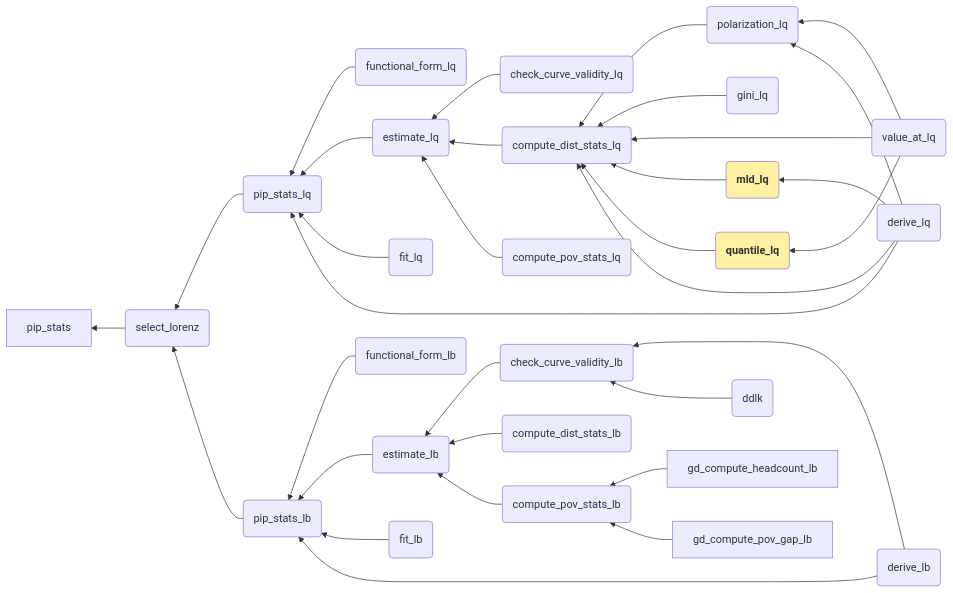
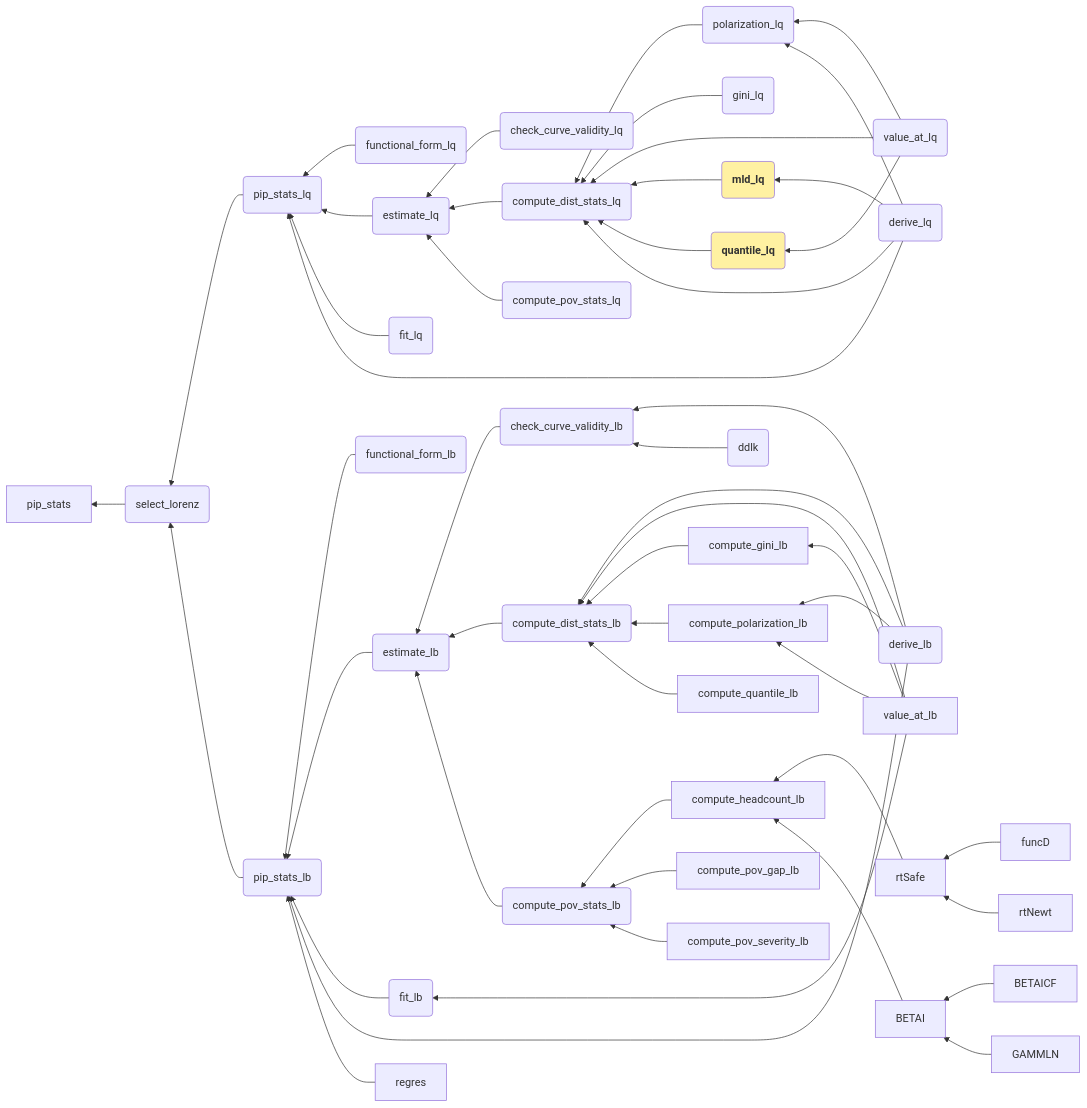
Before and after one commit to dana89co/pip_utilities: the diagram in wbpip_gd_doc.qmd, drawn with Mermaid. The commit also changed other lines of this file and 2 other files, not shown here.

Commit message:
draft of lb mermaid structure done

````diff
--- a/wbpip_gd_doc.qmd
+++ b/wbpip_gd_doc.qmd
@@ -20,48 +20,66 @@
 ```{mermaid}
 
 flowchart RL
     lz(select_lorenz) --> stats[pip_stats]
     lq(pip_stats_lq) --> lz
     lb(pip_stats_lb) --> lz
     
     form_lq(functional_form_lq) --> lq
     est_lq(estimate_lq) --> lq
     fit_lq(fit_lq) --> lq
     
     form_lb(functional_form_lb) --> lb
     est_lb(estimate_lb) --> lb
     fit_lb(fit_lb) --> lb
     derive_lb(derive_lb) ---> lb
+    regres --> lb
     
     check_val(check_curve_validity_lq) --> est_lq
     comp_dist_lq(compute_dist_stats_lq) --> est_lq
     comp_pov_lq(compute_pov_stats_lq) --> est_lq
     
     check_val_lb(check_curve_validity_lb) --> est_lb
     derive_lb(derive_lb) ---> check_val_lb
     ddlk(ddlk) --> check_val_lb
     
     comp_dist_lb(compute_dist_stats_lb) --> est_lb
+    derive_lb --> comp_dist_lb
+    value_at_lb --> comp_dist_lb
+    compute_gini_lb --> comp_dist_lb
+    value_at_lb --> compute_gini_lb
+    compute_polarization_lb --> comp_dist_lb
+    derive_lb --> compute_polarization_lb
+    value_at_lb --> compute_polarization_lb
+    compute_quantile_lb --> comp_dist_lb
     
     comp_pov_lb(compute_pov_stats_lb) --> est_lb
-    gd_compute_headcount_lb --> comp_pov_lb
-    gd_compute_pov_gap_lb --> comp_pov_lb
+    compute_headcount_lb --> comp_pov_lb
+    rtSafe --> compute_headcount_lb
+    funcD --> rtSafe
+    rtNewt --> rtSafe
+    BETAI --> compute_headcount_lb
+    BETAICF --> BETAI
+    GAMMLN --> BETAI
+    compute_pov_gap_lb --> comp_pov_lb
+    compute_pov_severity_lb --> comp_pov_lb
+    
+    value_at_lb --> fit_lb
     
     
     polarization_lq(polarization_lq) --> comp_dist_lq
     gini_lq(gini_lq) --> comp_dist_lq
     value_at_lq --> polarization_lq
     value_at_lq(value_at_lq) --> comp_dist_lq
     mld_lq(<b>mld_lq</b>) --> comp_dist_lq
     quantile_lq(<b>quantile_lq</b>) --> comp_dist_lq
     derive_lq(derive_lq) --> lq
     derive_lq --> comp_dist_lq
     derive_lq --> mld_lq
     derive_lq --> polarization_lq
     value_at_lq --> quantile_lq
     
     
     style quantile_lq fill:#FFF1A2
     style mld_lq fill:#FFF1A2
 
 ```
````
